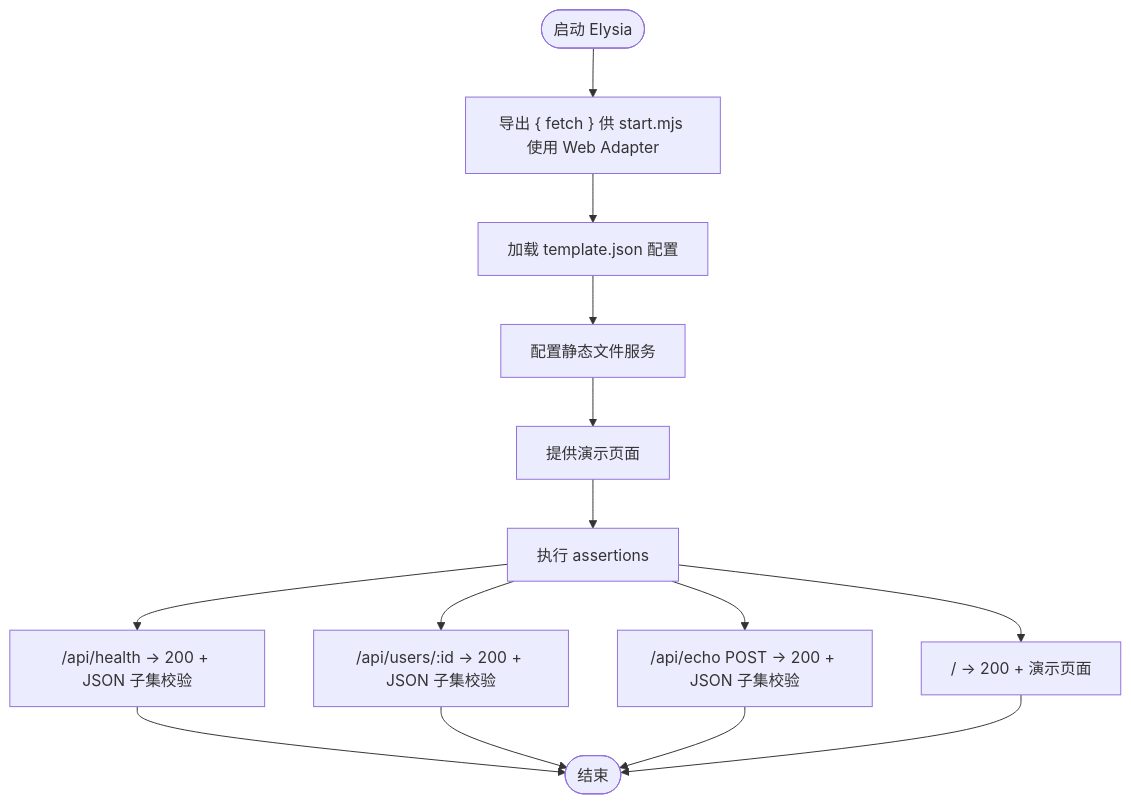
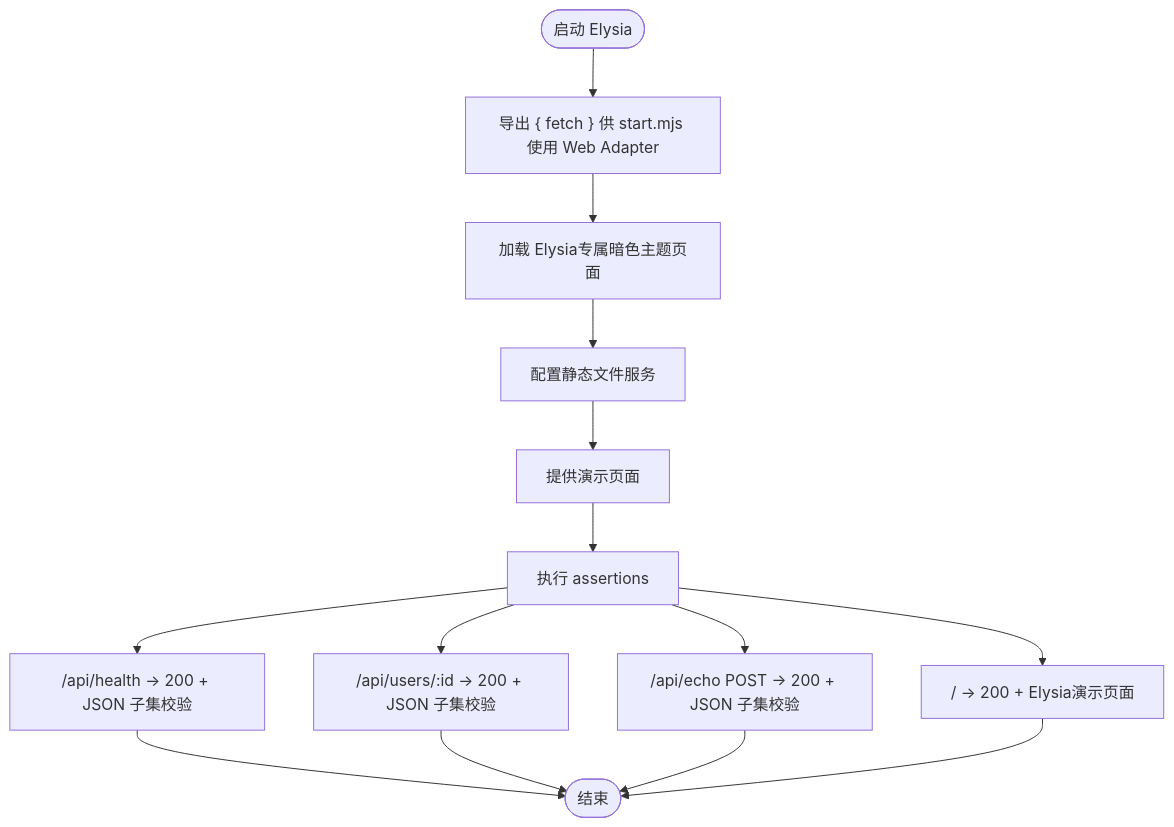
The fifth of 6 diagrams in .qoder/repowiki/zh/content/后端框架测试/后端框架测试套件.md (esa-sp/test-for-aone-ci), drawn with Mermaid before and after one commit. The commit also changed other lines of this file and 39 other files, not shown here.

````diff
--- a/.qoder/repowiki/zh/content/后端框架测试/后端框架测试套件.md
+++ b/.qoder/repowiki/zh/content/后端框架测试/后端框架测试套件.md
@@ -327,16 +301,16 @@
 ```mermaid
 flowchart TD
 Start(["启动 Elysia"]) --> ExportFetch["导出 { fetch } 供 start.mjs 使用 Web Adapter"]
-ExportFetch --> LoadTemplate["加载 template.json 配置"]
-LoadTemplate --> SetupStatic["配置静态文件服务"]
+ExportFetch --> LoadPage["加载 Elysia专属暗色主题页面"]
+LoadPage --> SetupStatic["配置静态文件服务"]
 SetupStatic --> ServeDemo["提供演示页面"]
 ServeDemo --> Assert["执行 assertions"]
 Assert --> Health["/api/health -> 200 + JSON 子集校验"]
 Assert --> Users["/api/users/:id -> 200 + JSON 子集校验"]
 Assert --> Echo["/api/echo POST -> 200 + JSON 子集校验"]
-Assert --> DemoPage["/ -> 200 + 演示页面"]
+Assert --> DemoPage["/ -> 200 + Elysia演示页面"]
 Health --> End(["结束"])
 Users --> End
 Echo --> End
 DemoPage --> End
 ```
````
